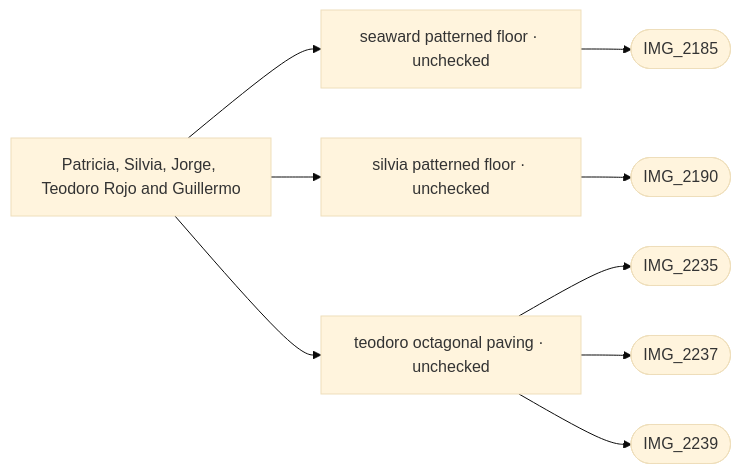
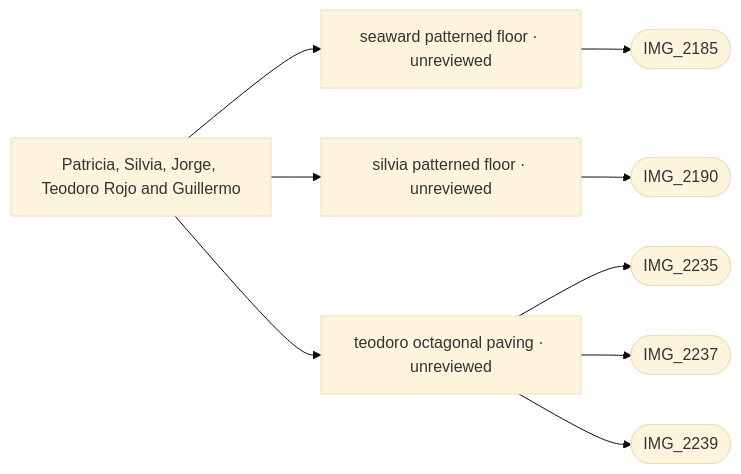
One commit to daveyboyc/villacana-venture changed the diagram in refs/areas/seaward-lanes.md. Above: the diagram before and after it, drawn with Mermaid (base theme). The commit also changed other lines of this file and 45 other files, not shown here.

Commit message:
Require measured independent evidence for graph placement approval

````diff
--- a/refs/areas/seaward-lanes.md
+++ b/refs/areas/seaward-lanes.md
@@ -27,12 +27,12 @@
 ```mermaid
 graph LR
   A["Patricia, Silvia, Jorge, Teodoro Rojo and Guillermo"]
-  A --> F0["seaward patterned floor · unchecked"]
+  A --> F0["seaward patterned floor · unreviewed"]
   F0 --> PIMG_2185_jpg(["IMG_2185"])
-  A --> F1["silvia patterned floor · unchecked"]
+  A --> F1["silvia patterned floor · unreviewed"]
   F1 --> PIMG_2190_jpg(["IMG_2190"])
-  A --> F2["teodoro octagonal paving · unchecked"]
+  A --> F2["teodoro octagonal paving · unreviewed"]
   F2 --> PIMG_2235_jpg(["IMG_2235"])
   F2 --> PIMG_2237_jpg(["IMG_2237"])
   F2 --> PIMG_2239_jpg(["IMG_2239"])
 ```
````
